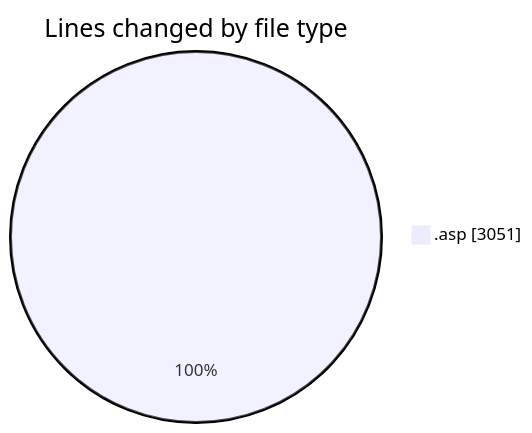
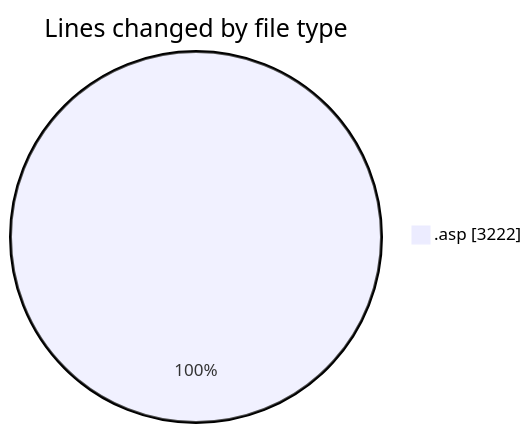
The first of 2 diagrams in 2025-10-11/cdp_aleoudev_fr__workspace_/README.md (julien-gomy/code-tracking), drawn with Mermaid before and after one commit. The commit also changed other lines of this file and 1 other file, not shown here.

````diff
--- a/2025-10-11/cdp_aleoudev_fr__workspace_/README.md
+++ b/2025-10-11/cdp_aleoudev_fr__workspace_/README.md
@@ -25,5 +25,5 @@
 ```mermaid
 pie showData
 title Lines changed by file type
-".asp" : 3051
+".asp" : 3222
 ```
````
